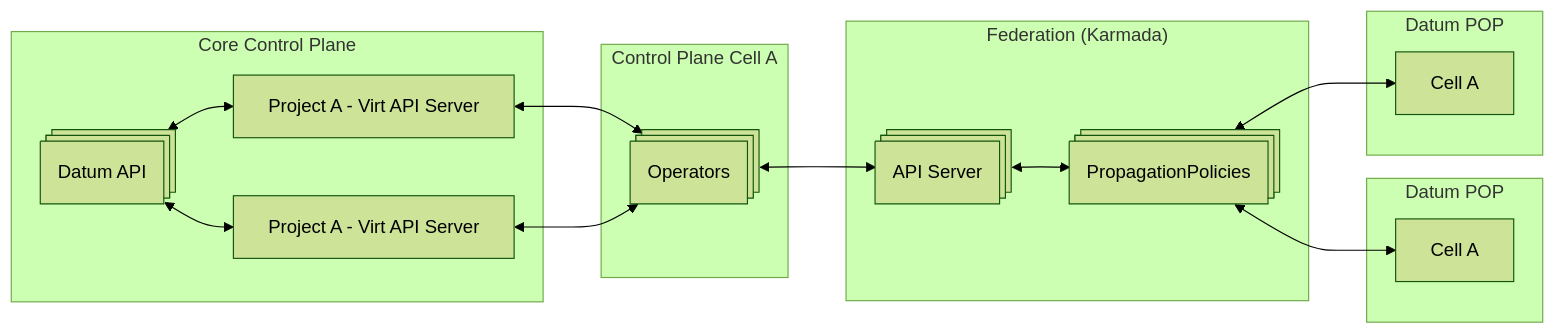
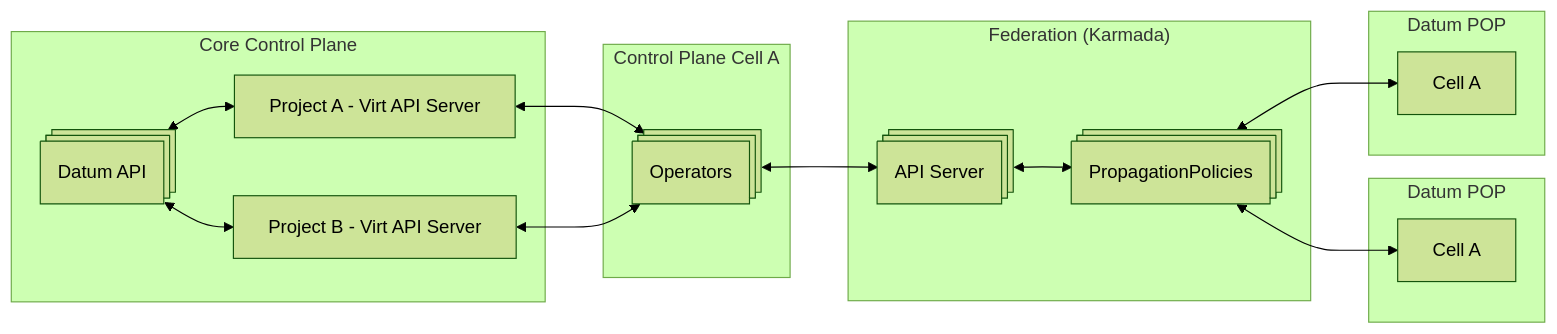
One commit to datum-cloud/enhancements changed the second of 3 diagrams in enhancements/datum/federation/README.md. Above: the diagram before and after it, drawn with Mermaid (forest theme).

Commit message:
Fix component title.

````diff
--- a/enhancements/datum/federation/README.md
+++ b/enhancements/datum/federation/README.md
@@ -147,40 +147,40 @@
 ```mermaid
 flowchart LR
 
   subgraph core["Core Control Plane"]
     datum-core-api["Datum API"]@{shape: procs}
     project-api-servers-a["Project A - Virt API Server"]
-    project-api-servers-b["Project A - Virt API Server"]
+    project-api-servers-b["Project B - Virt API Server"]
 
     datum-core-api <--> project-api-servers-a
     datum-core-api <--> project-api-servers-b
   end
 
   subgraph upstream-cell-a["Control Plane Cell A"]
     operators-a["Operators"]@{shape: procs}
   end
 
   subgraph federation["Federation (Karmada)"]
 
     federation-apiserver-a["API Server"]@{shape: procs}
     federator-a["PropagationPolicies"]@{shape: procs}
 
   end
 
 
   operators-a <--> federation-apiserver-a
 
   subgraph datum-pop-a["Datum POP"]
     datum-pop-a-cell-a["Cell A"]
   end
 
   subgraph datum-pop-b["Datum POP"]
     datum-pop-b-cell-a["Cell A"]
   end
 
   project-api-servers-a <--> operators-a
   project-api-servers-b <--> operators-a
 
   federation-apiserver-a <--> federator-a
   federator-a  <--> datum-pop-a-cell-a & datum-pop-b-cell-a
 ```
````
